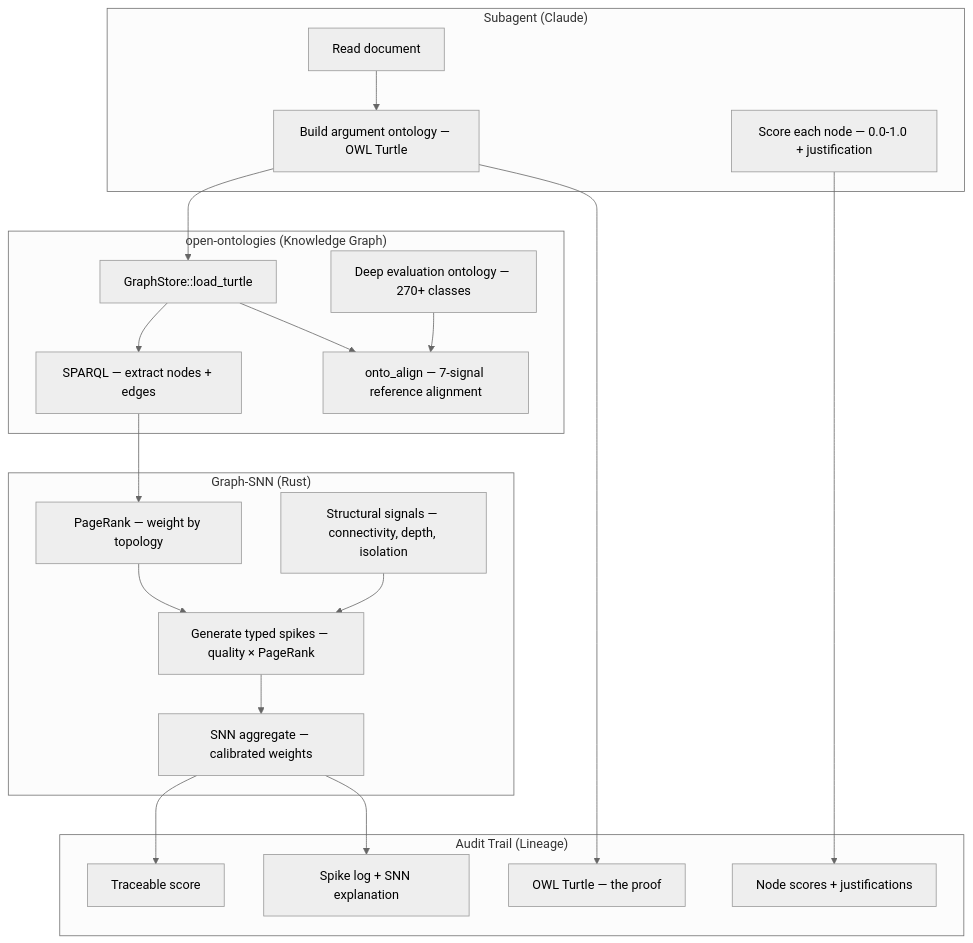
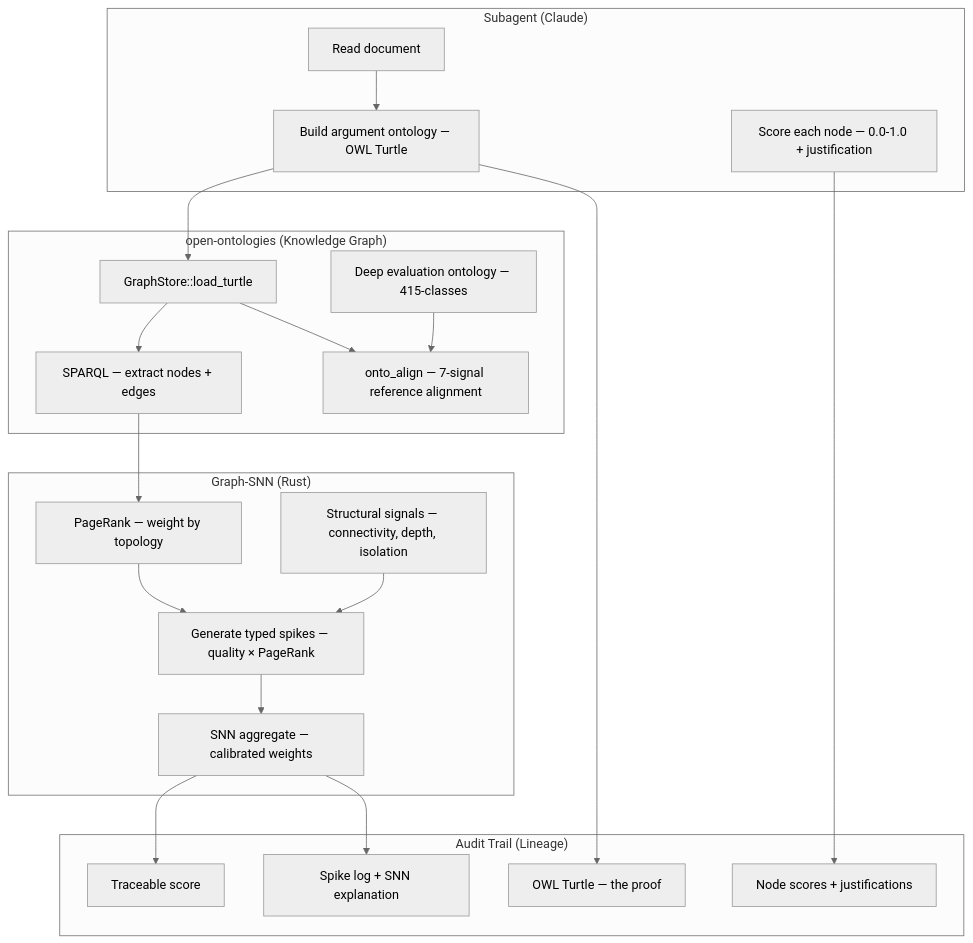
Before and after one commit to fabio-rovai/brain-in-the-fish: the third of 4 diagrams in README.md, drawn with Mermaid (neutral theme). The commit also changed other lines of this file and 2 other files, not shown here.

````diff
--- a/README.md
+++ b/README.md
@@ -265,40 +263,40 @@
 ```mermaid
 graph TB
     subgraph "Subagent (Claude)"
         READ[Read document]
         SKETCH[Build argument ontology — OWL Turtle]
         SCORE_N[Score each node — 0.0-1.0 + justification]
     end
 
     subgraph "open-ontologies (Knowledge Graph)"
         LOAD[GraphStore::load_turtle]
         SPARQL[SPARQL — extract nodes + edges]
         ALIGN[onto_align — 7-signal reference alignment]
-        REF[Deep evaluation ontology — 270+ classes]
+        REF[Deep evaluation ontology — 415-classes]
     end
 
     subgraph "Graph-SNN (Rust)"
         PR[PageRank — weight by topology]
         SPIKE[Generate typed spikes — quality × PageRank]
         STRUCT[Structural signals — connectivity, depth, isolation]
         AGG[SNN aggregate — calibrated weights]
     end
 
     subgraph "Audit Trail (Lineage)"
         TTL[OWL Turtle — the proof]
         NODES[Node scores + justifications]
         LOG[Spike log + SNN explanation]
         FINAL[Traceable score]
     end
 
     READ --> SKETCH --> LOAD
     SCORE_N --> NODES
     LOAD --> SPARQL --> PR
     LOAD --> ALIGN
     REF --> ALIGN
     PR --> SPIKE
     STRUCT --> SPIKE
     SPIKE --> AGG --> FINAL
     SKETCH --> TTL
     AGG --> LOG
 ```
````
